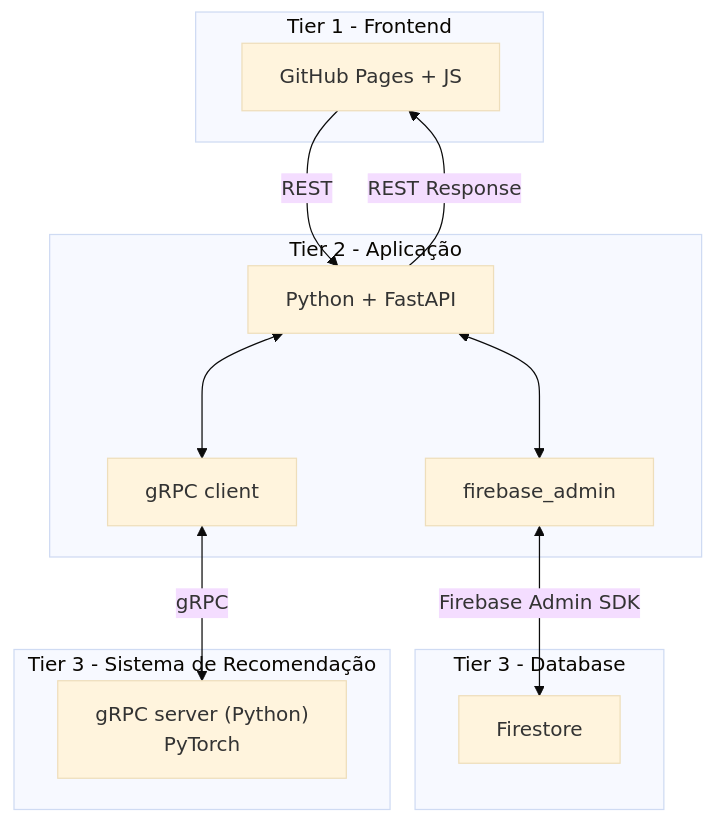
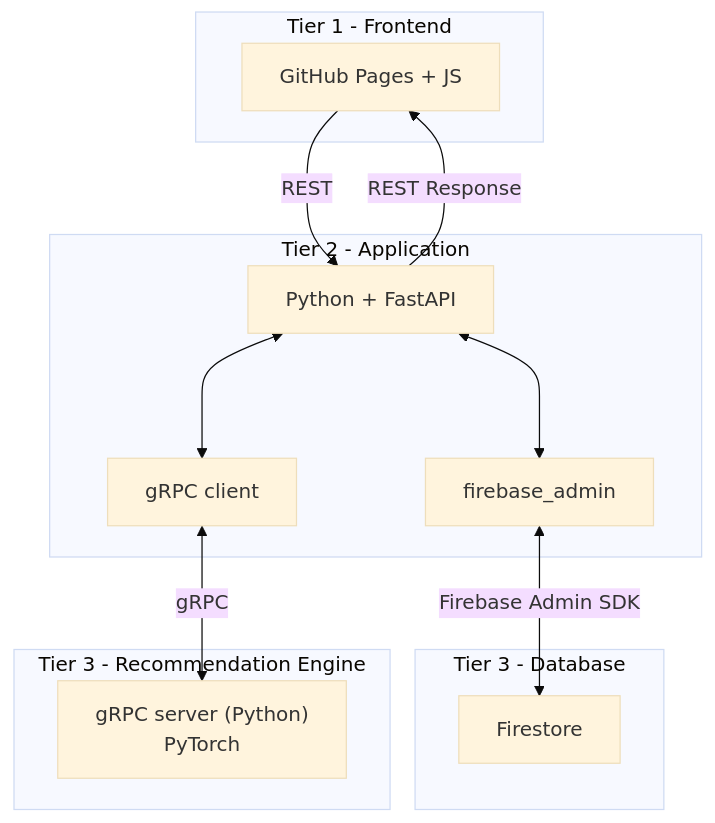
One commit to OctavioFurio/Link changed the diagram in README.md. Above: the diagram before and after it, drawn with Mermaid (base theme).

````diff
--- a/README.md
+++ b/README.md
@@ -5,28 +5,28 @@
 ```mermaid
 graph TD
     subgraph Tier 1 - Frontend
         FE["GitHub Pages + JS"]
     end
 
-    subgraph Tier 2 - Aplicação
+    subgraph Tier 2 - Application
         API["Python + FastAPI"]
         FBSDK["firebase_admin"]
         GRPC_CLIENT["gRPC client"]
         API <---> FBSDK
         API <---> GRPC_CLIENT
     end
 
     subgraph Tier 3 - Database
         FS["Firestore"]
     end
 
-    subgraph RecEngine["Tier 3 - Sistema de Recomendação"]
+    subgraph RecEngine["Tier 3 - Recommendation Engine"]
         REC["gRPC server (Python)\nPyTorch"]
     end
 
     FE -->|REST| API
     API -->|REST Response| FE
     FBSDK <-->|Firebase Admin SDK| FS
     GRPC_CLIENT <-->|gRPC| REC
 
 ```
````
